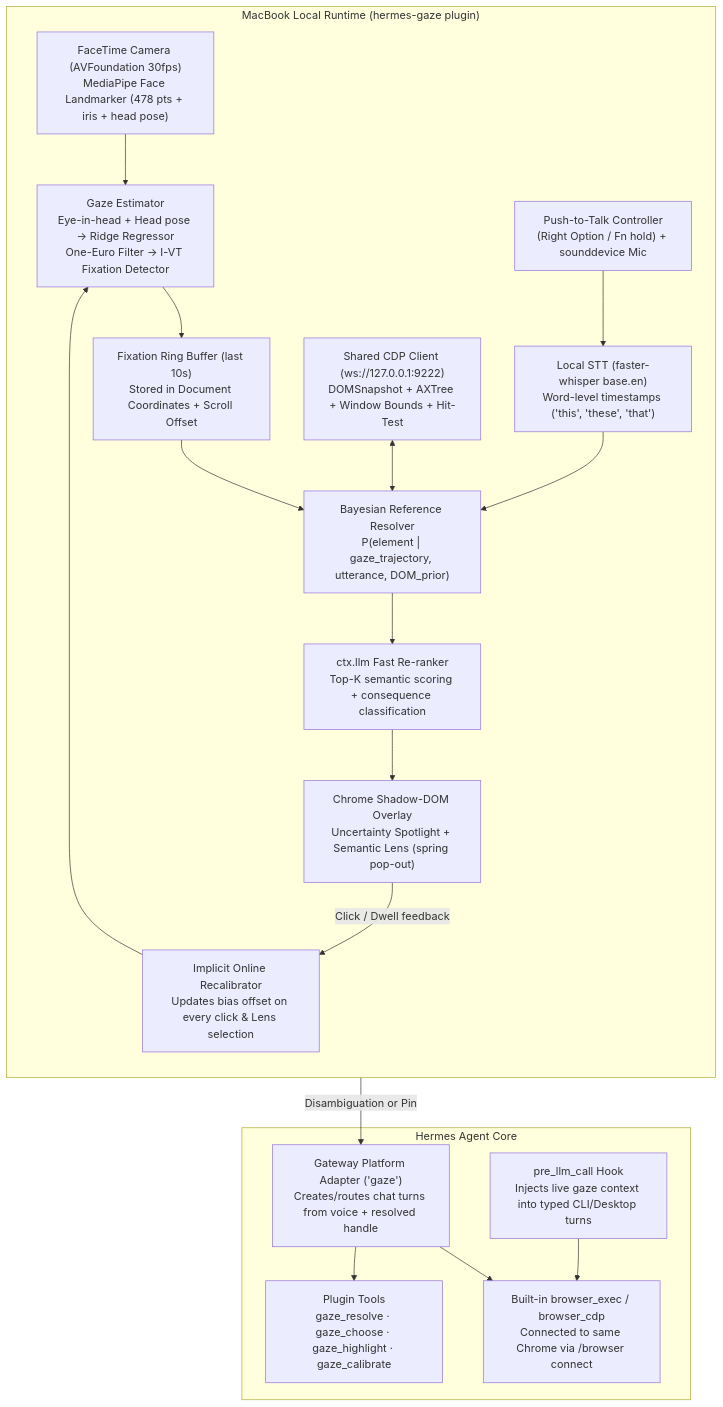
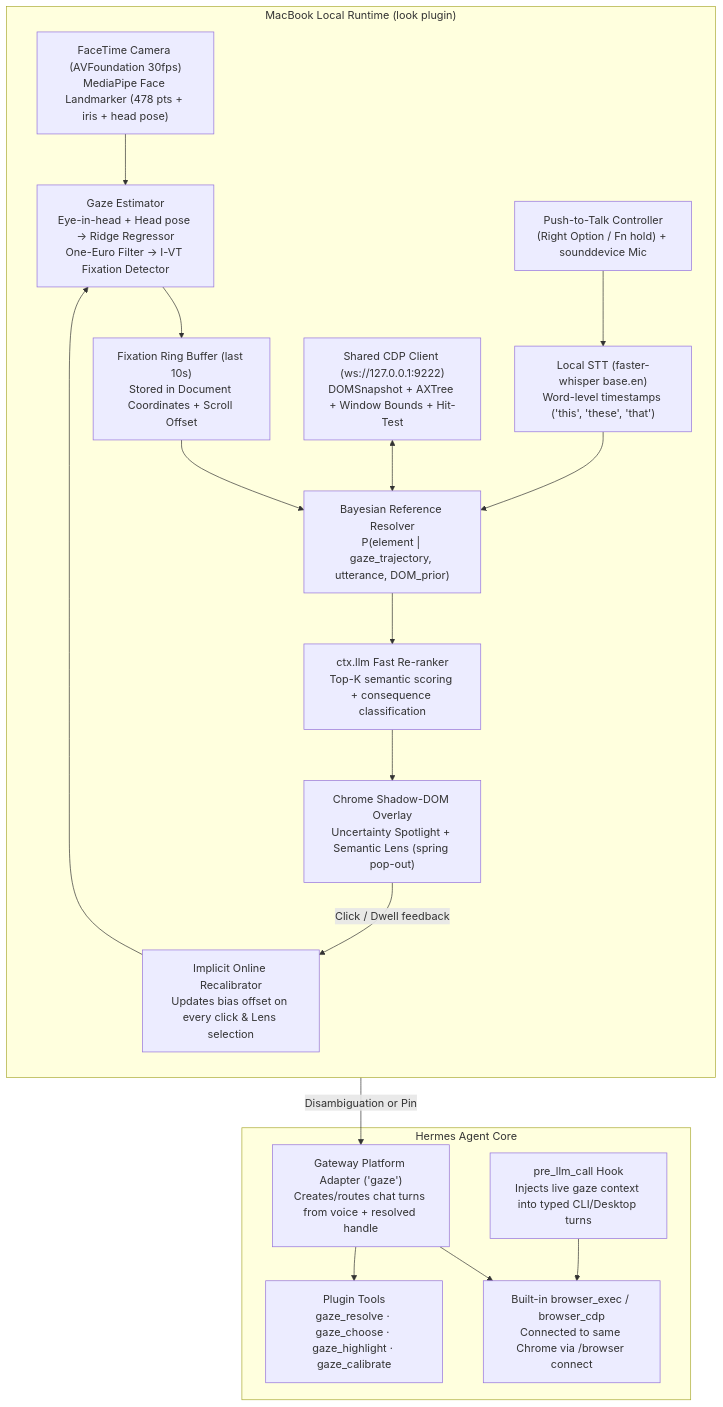
Before and after one commit to SilentHacks/look: the diagram in docs/PLAN.md, drawn with Mermaid. The commit also changed other lines of this file and 133 other files, not shown here.

Commit message:
Harden browser destinations and subprocess environments; rename plugin to look

````diff
--- a/docs/PLAN.md
+++ b/docs/PLAN.md
@@ -19,36 +19,36 @@
 ```mermaid
 flowchart TB
-  subgraph Mac["MacBook Local Runtime (hermes-gaze plugin)"]
+  subgraph Mac["MacBook Local Runtime (look plugin)"]
     direction TB
     CAM["FaceTime Camera (AVFoundation 30fps)<br/>MediaPipe Face Landmarker (478 pts + iris + head pose)"]
     TRACK["Gaze Estimator<br/>Eye-in-head + Head pose -> Ridge Regressor<br/>One-Euro Filter -> I-VT Fixation Detector"]
     RING["Fixation Ring Buffer (last 10s)<br/>Stored in Document Coordinates + Scroll Offset"]
     HOTKEY["Push-to-Talk Controller<br/>(Right Option / Fn hold) + sounddevice Mic"]
     STT["Local STT (faster-whisper base.en)<br/>Word-level timestamps ('this', 'these', 'that')"]
     CDP["Shared CDP Client (ws://127.0.0.1:9222)<br/>DOMSnapshot + AXTree + Window Bounds + Hit-Test"]
     FUSE["Bayesian Reference Resolver<br/>P(element | gaze_trajectory, utterance, DOM_prior)"]
     LLM["ctx.llm Fast Re-ranker<br/>Top-K semantic scoring + consequence classification"]
     OVL["Chrome Shadow-DOM Overlay<br/>Uncertainty Spotlight + Semantic Lens (spring pop-out)"]
     RECAL["Implicit Online Recalibrator<br/>Updates bias offset on every click & Lens selection"]
   end
 
   subgraph Hermes["Hermes Agent Core"]
     PLAT["Gateway Platform Adapter ('gaze')<br/>Creates/routes chat turns from voice + resolved handle"]
     HOOK["pre_llm_call Hook<br/>Injects live gaze context into typed CLI/Desktop turns"]
     TOOLS["Plugin Tools<br/>gaze_resolve · gaze_choose · gaze_highlight · gaze_calibrate"]
     BEXEC["Built-in browser_exec / browser_cdp<br/>Connected to same Chrome via /browser connect"]
   end
 
   CAM --> TRACK --> RING
   HOTKEY --> STT
   RING --> FUSE
   STT --> FUSE
   CDP <--> FUSE
   FUSE --> LLM
   LLM --> OVL
   OVL -->|Disambiguation or Pin| PLAT
   OVL -->|Click / Dwell feedback| RECAL --> TRACK
   PLAT --> TOOLS
   PLAT --> BEXEC
   HOOK --> BEXEC
 ```
````
